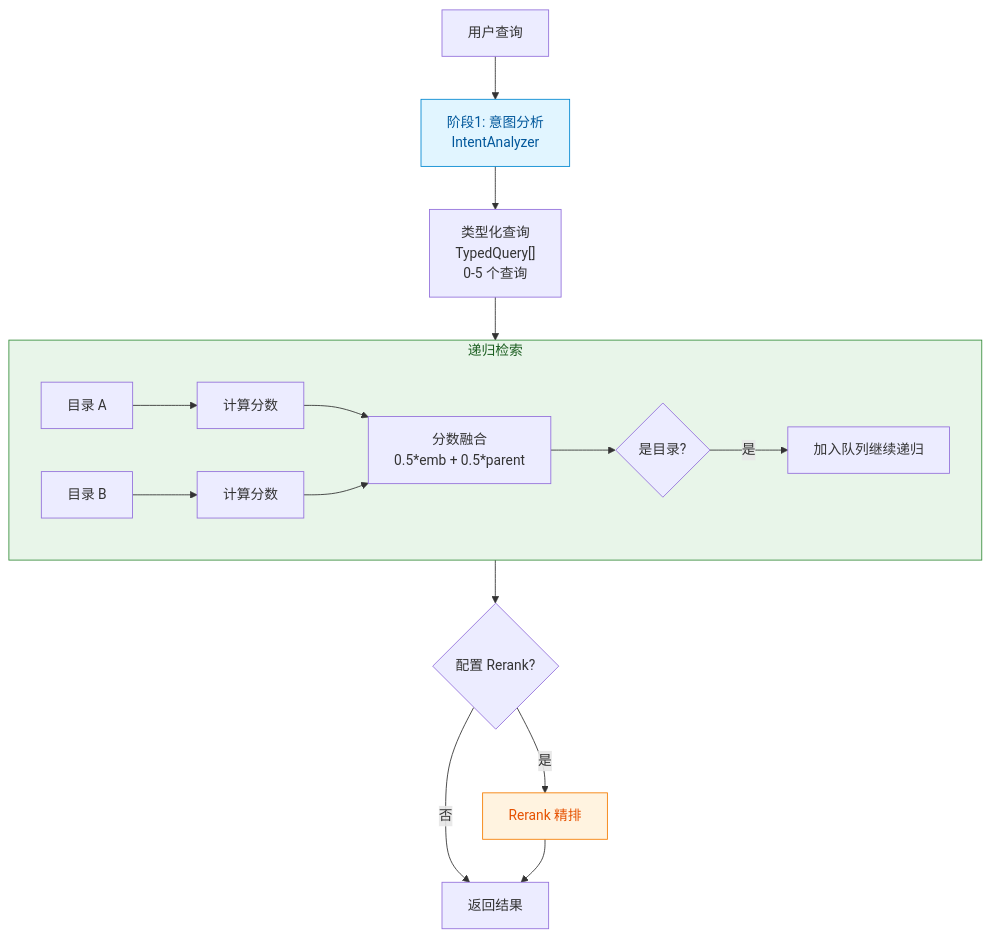
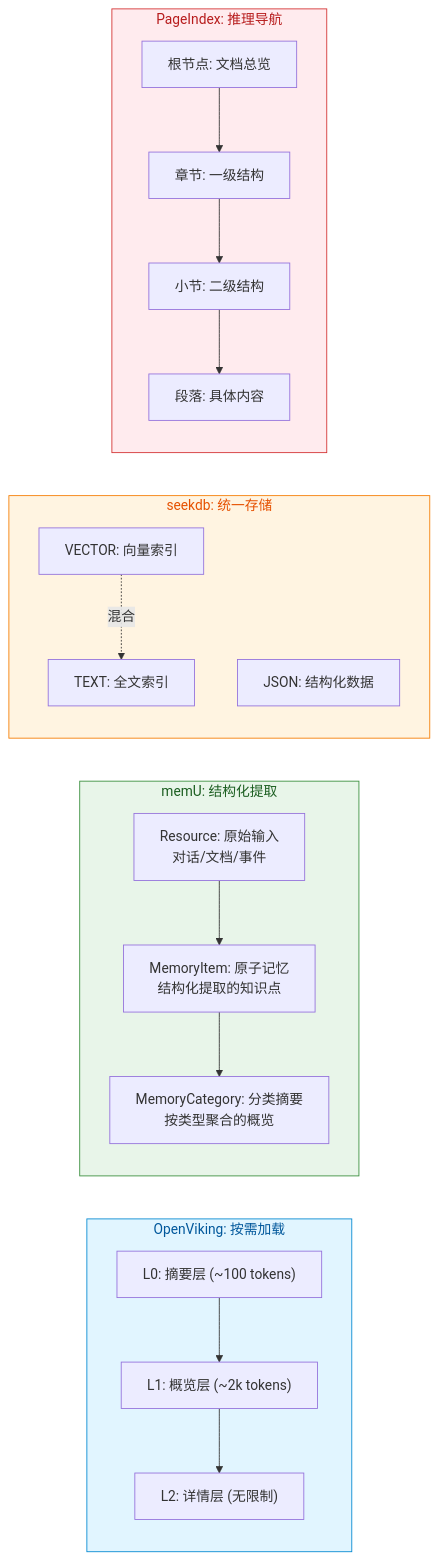
Before and after one commit to FreezeSoul/freezesoul.github.com: the fourth of 8 diagrams in _posts/2026-03-06-agent-design-03-context-memory-design.md, drawn with Mermaid. The commit also changed other lines of this file and 2 other files, not shown here.

````diff
--- a/_posts/2026-03-06-agent-design-03-context-memory-design.md
+++ b/_posts/2026-03-06-agent-design-03-context-memory-design.md
@@ -223,29 +165,41 @@
 ```mermaid
-flowchart TD
-    Query["用户查询"] --> Intent["阶段1: 意图分析<br/>IntentAnalyzer"]
-    
-    Intent --> TypedQuery["类型化查询<br/>TypedQuery[]<br/>0-5 个查询"]
-    
-    TypedQuery --> Retrieval["阶段2: 层级检索<br/>HierarchicalRetriever"]
-    
-    subgraph Retrieval["递归检索"]
-        Dir1["目录 A"] --> Score1["计算分数"]
-        Dir2["目录 B"] --> Score2["计算分数"]
-        
-        Score1 --> Combine["分数融合<br/>0.5*emb + 0.5*parent"]
-        Score2 --> Combine
-        
-        Combine --> CheckDir{"是目录?"}
-        CheckDir -->|是| Queue["加入队列继续递归"]
+flowchart LR
+    subgraph OpenViking["OpenViking: 按需加载"]
+        L0["L0: 摘要层 (~100 tokens)"]
+        L1["L1: 概览层 (~2k tokens)"]
+        L2["L2: 详情层 (无限制)"]
     end
-    
-    Retrieval --> Rerank{"配置 Rerank?"}
-    Rerank -->|是| RerankStage["Rerank 精排"]
-    Rerank -->|否| Output["返回结果"]
-    
-    RerankStage --> Output
-    
-    style Intent fill:#e1f5ff,stroke:#0288d1,color:#01579b
-    style Retrieval fill:#e8f5e9,stroke:#388e3c,color:#1b5e20
-    style RerankStage fill:#fff3e0,stroke:#f57c00,color:#e65100
+
+    subgraph memU["memU: 结构化提取"]
+        R["Resource: 原始输入<br/>对话/文档/事件"]
+        I["MemoryItem: 原子记忆<br/>结构化提取的知识点"]
+        C["MemoryCategory: 分类摘要<br/>按类型聚合的概览"]
+    end
+
+    subgraph seekdb["seekdb: 统一存储"]
+        V["VECTOR: 向量索引"]
+        T["TEXT: 全文索引"]
+        J["JSON: 结构化数据"]
+    end
+
+    subgraph PageIndex["PageIndex: 推理导航"]
+        Root["根节点: 文档总览"]
+        Chap["章节: 一级结构"]
+        Sec["小节: 二级结构"]
+        Para["段落: 具体内容"]
+    end
+
+    L0 --> L1
+    L1 --> L2
+    R --> I
+    I --> C
+    V -.->|"混合"| T
+    Root --> Chap
+    Chap --> Sec
+    Sec --> Para
+
+    style OpenViking fill:#e1f5ff,stroke:#0288d1,color:#01579b
+    style memU fill:#e8f5e9,stroke:#388e3c,color:#1b5e20
+    style seekdb fill:#fff4e1,stroke:#f57c00,color:#e65100
+    style PageIndex fill:#ffebee,stroke:#d32f2f,color:#b71c1c
 ```
````
